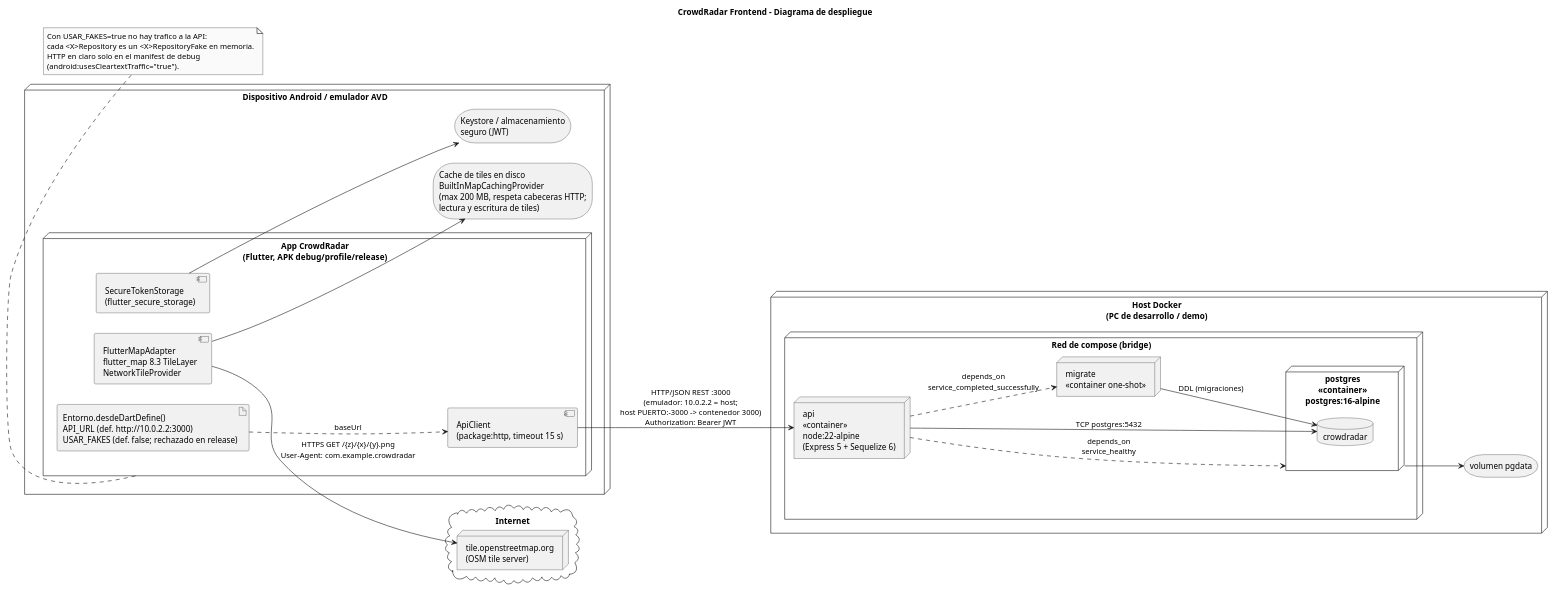
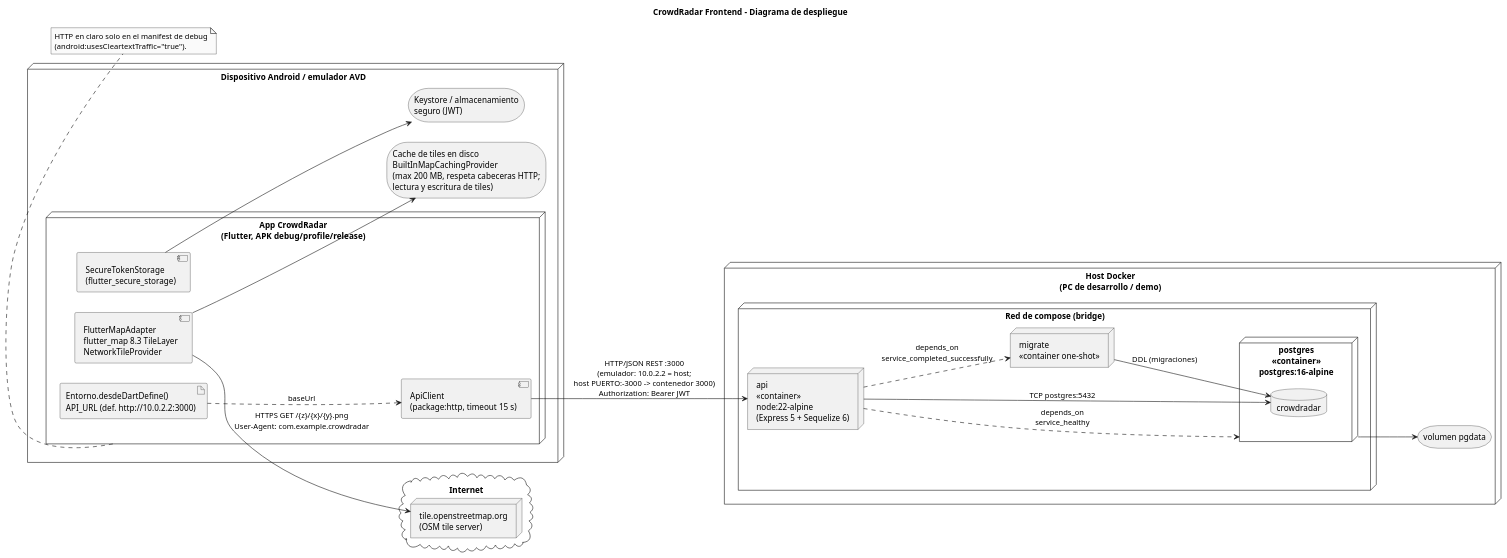
Before and after one commit to Walturx/CrowdRadar-FrontEnd: the diagram in docs/diagramas/despliegue.puml, drawn with PlantUML. The commit also changed 4 other files, not shown here.

First line of the commit message:
docs: describe the app without fakes in the README and the diagrams

```diff
--- a/docs/diagramas/despliegue.puml
+++ b/docs/diagramas/despliegue.puml
@@ -1,54 +1,52 @@
 @startuml despliegue
 ' Despliegue local/demo del cliente Flutter frente al backend (docker-compose.yml del repo backend).
 ' Mismo estilo que CrowdRadar-Backend/docs/diagramas/despliegue.puml.
 skinparam monochrome true
 skinparam shadowing false
 skinparam defaultFontName Arial
 left to right direction
 
 title CrowdRadar Frontend - Diagrama de despliegue
 
 node "Dispositivo Android / emulador AVD" as android {
   node "App CrowdRadar\n(Flutter, APK debug/profile/release)" as apk {
-    artifact "Entorno.desdeDartDefine()\nAPI_URL (def. http://10.0.2.2:3000)\nUSAR_FAKES (def. false; rechazado en release)" as entorno
+    artifact "Entorno.desdeDartDefine()\nAPI_URL (def. http://10.0.2.2:3000)" as entorno
     component "ApiClient\n(package:http, timeout 15 s)" as api
     component "FlutterMapAdapter\nflutter_map 8.3 TileLayer\nNetworkTileProvider" as mapa
     component "SecureTokenStorage\n(flutter_secure_storage)" as tokens
   }
   storage "Cache de tiles en disco\nBuiltInMapCachingProvider\n(max 200 MB, respeta cabeceras HTTP;\nlectura y escritura de tiles)" as cacheTiles
   storage "Keystore / almacenamiento\nseguro (JWT)" as keystore
 }
 
 cloud "Internet" as internet {
   node "tile.openstreetmap.org\n(OSM tile server)" as osm
 }
 
 node "Host Docker\n(PC de desarrollo / demo)" as host {
   node "Red de compose (bridge)" as red {
     node "api\n<<container>>\nnode:22-alpine\n(Express 5 + Sequelize 6)" as apiC
     node "migrate\n<<container one-shot>>" as migrate
     node "postgres\n<<container>>\npostgres:16-alpine" as postgres {
       database "crowdradar" as bd
     }
   }
   storage "volumen pgdata" as pgdata
 }
 
 entorno ..> api : baseUrl
 api --> apiC : HTTP/JSON REST :3000\n(emulador: 10.0.2.2 = host;\nhost PUERTO:-3000 -> contenedor 3000)\nAuthorization: Bearer JWT
 mapa --> osm : HTTPS GET /{z}/{x}/{y}.png\nUser-Agent: com.example.crowdradar
 mapa --> cacheTiles
 tokens --> keystore
 apiC --> bd : TCP postgres:5432
 migrate --> bd : DDL (migraciones)
 postgres --> pgdata
 apiC ..> migrate : depends_on\nservice_completed_successfully
 apiC ..> postgres : depends_on\nservice_healthy
 
 note bottom of apk
-  Con USAR_FAKES=true no hay trafico a la API:
-  cada <X>Repository es un <X>RepositoryFake en memoria.
   HTTP en claro solo en el manifest de debug
   (android:usesCleartextTraffic="true").
 end note
 @enduml
```
